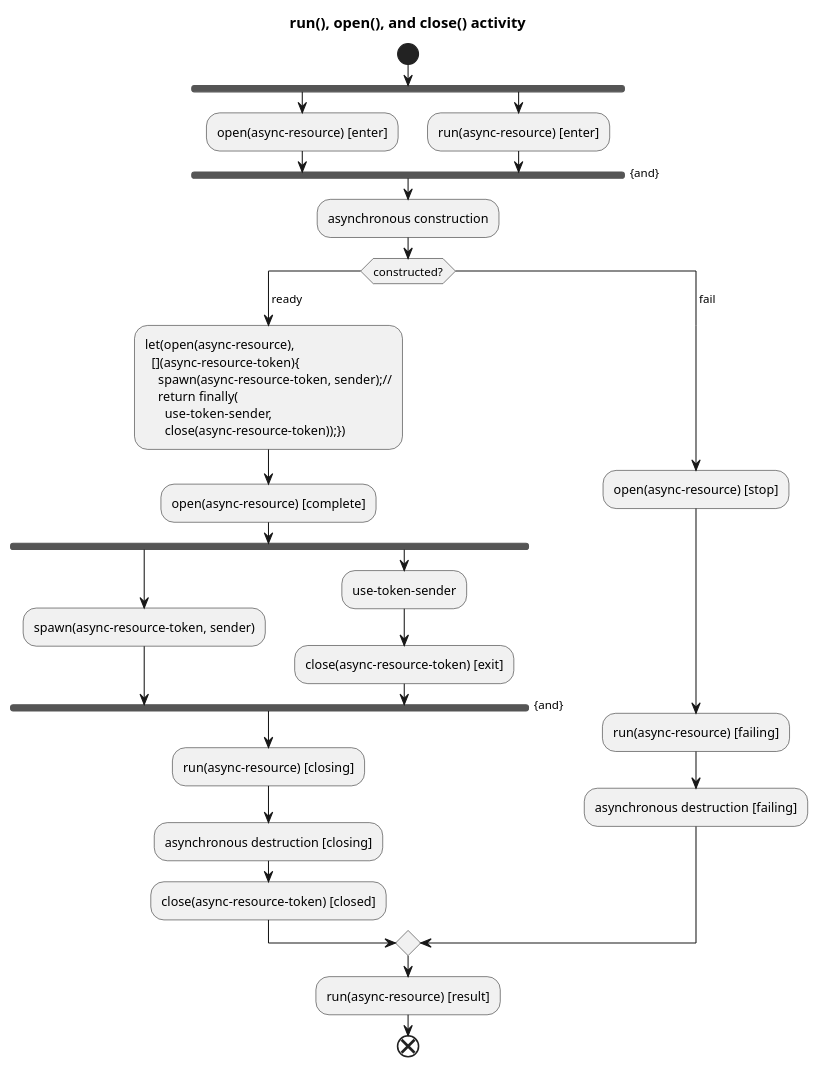
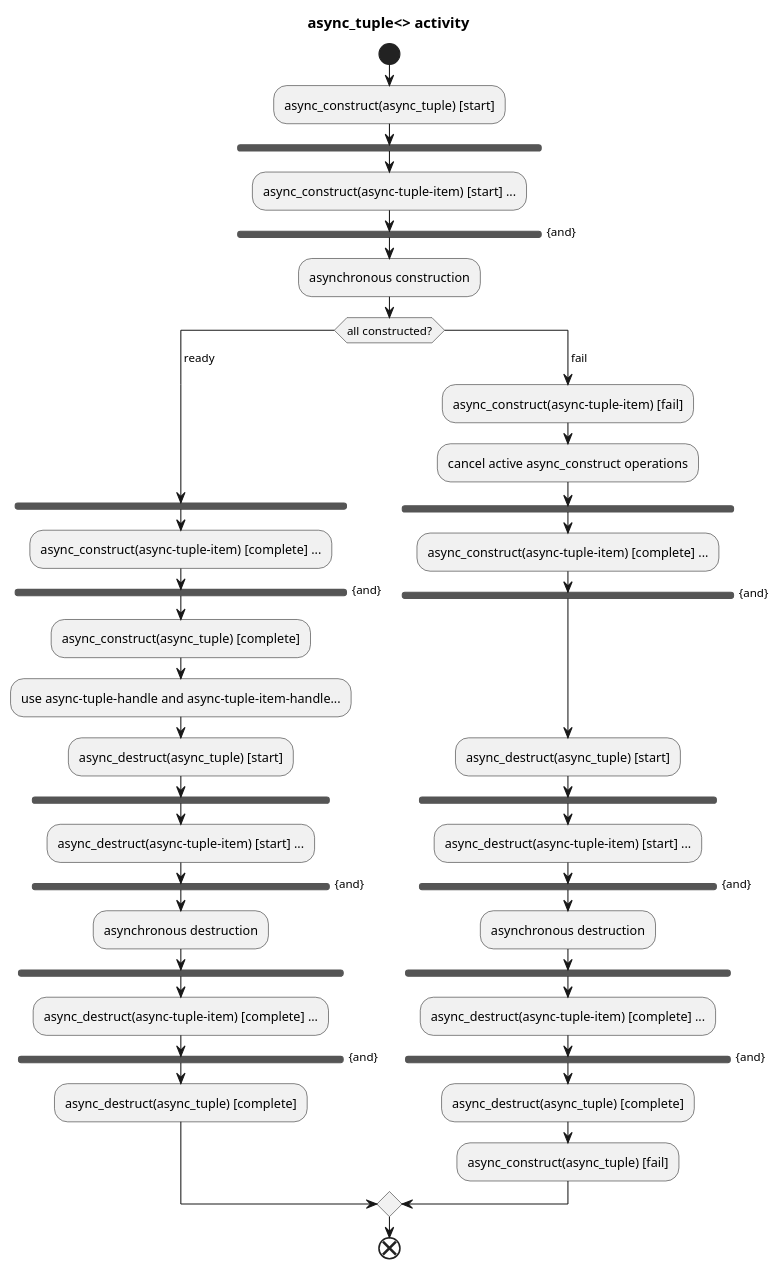
The third of 4 diagrams in async-resource.md (kirkshoop/async_scope), drawn with PlantUML before and after one commit. The commit also changed other lines of this file, not shown here.

Commit message:
new design - async_construct()/async_destruct()

````diff
--- a/async-resource.md
+++ b/async-resource.md
@@ -328,63 +510,78 @@
 ```plantuml
 !pragma layout smetana
-title run(), open(), and close() activity
+title async_tuple<> activity
 
 start
+:async_construct(async_tuple) [start];
+
 fork
-  :open(async-resource) [enter];
-fork again
-  :run(async-resource) [enter];
+:async_construct(async-tuple-item) [start] ...;
 end fork {and}
 
 :asynchronous construction;
 
-switch (constructed?)
+switch (all constructed?)
 case ( ready )
-:let(open(async-resource), 
-  [](async-resource-token){
-    spawn(async-resource-token, sender);//
-    return finally(
-      use-token-sender,
-      close(async-resource-token));});
 
-:open(async-resource) [complete];
+label space_ready_0;
+label space_ready_1;
+label space_ready_2;
+label space_ready_3;
 
 fork
-  :spawn(async-resource-token, sender);
-fork again
-  :use-token-sender;
-  :close(async-resource-token) [exit];
+:async_construct(async-tuple-item) [complete] ...;
 end fork {and}
 
-:run(async-resource) [closing];
+:async_construct(async_tuple) [complete];
 
-:asynchronous destruction [closing];
+:use async-tuple-handle and async-tuple-item-handle...;
 
-:close(async-resource-token) [closed];
+:async_destruct(async_tuple) [start];
+
+fork
+:async_destruct(async-tuple-item) [start] ...;
+end fork {and}
+
+:asynchronous destruction;
+
+fork
+:async_destruct(async-tuple-item) [complete] ...;
+end fork {and}
+
+:async_destruct(async_tuple) [complete];
 
 case ( fail )
 
-'alignment
-label sp_r0
-label sp_r1
-label sp_r2
-label sp_r3
+:async_construct(async-tuple-item) [fail];
 
-:open(async-resource) [stop];
+:cancel active async_construct operations;
 
-'alignment
-label sp_lab0
-label sp_lab1
-label sp_lab2
-label sp_lab3
-label sp_lab4
+fork
+:async_construct(async-tuple-item) [complete] ...;
+end fork {and}
 
-:run(async-resource) [failing];
+label space_fail_0;
+label space_fail_1;
+label space_fail_2;
+label space_fail_3;
 
-:asynchronous destruction [failing];
+:async_destruct(async_tuple) [start];
+
+fork
+:async_destruct(async-tuple-item) [start] ...;
+end fork {and}
+
+:asynchronous destruction;
+
+fork
+:async_destruct(async-tuple-item) [complete] ...;
+end fork {and}
+
+:async_destruct(async_tuple) [complete];
+
+:async_construct(async_tuple) [fail];
 
 endswitch 
 
-:run(async-resource) [result];
 end
 ```
````
